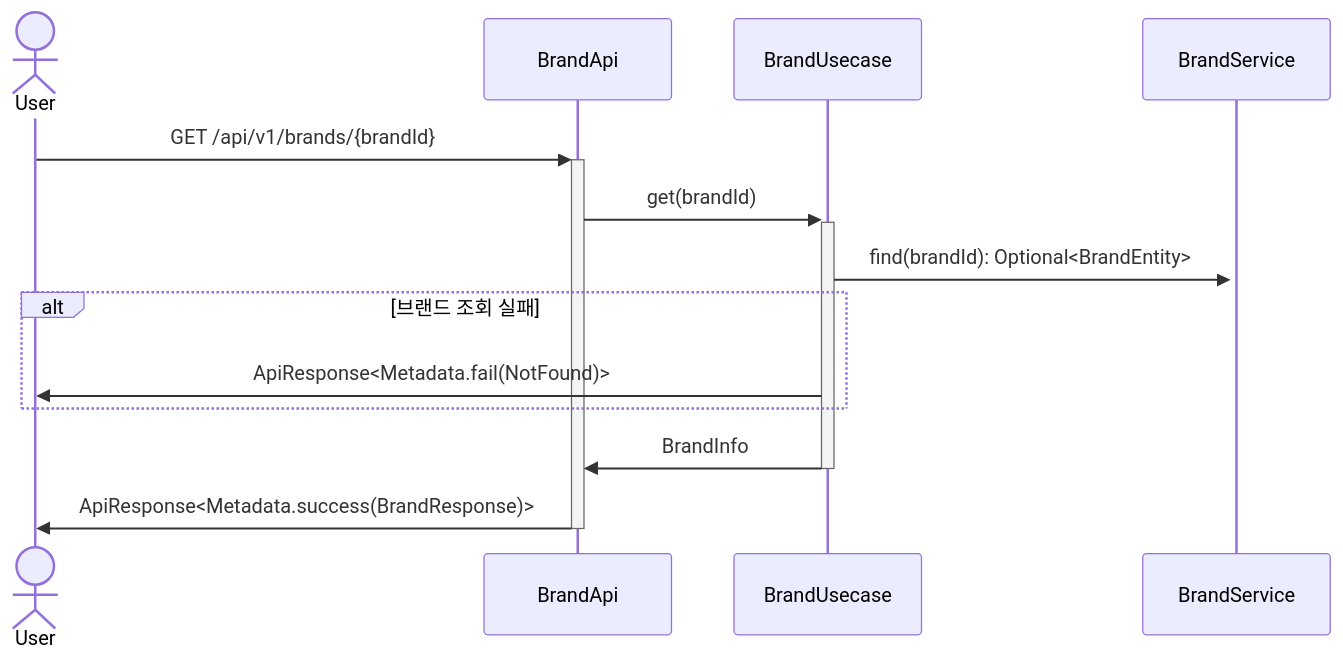
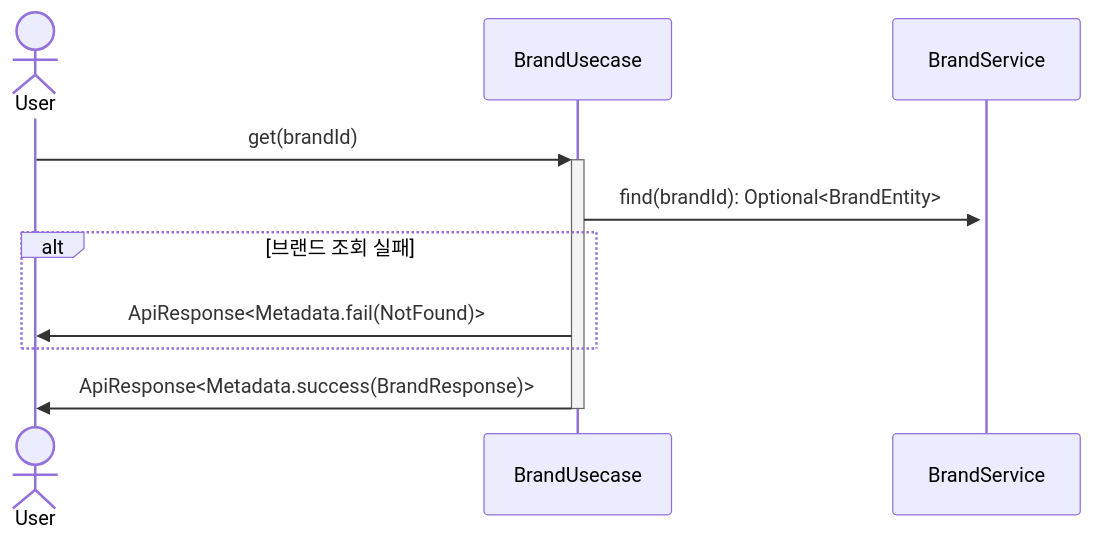
One commit to Iol-lshh/loopers_be_practice_byjava changed the first of 10 diagrams in docs/design/02-sequence-diagrams.md. Above: the diagram before and after it, drawn with Mermaid. The commit also changed other lines of this file and 70 other files, not shown here.

````diff
--- a/docs/design/02-sequence-diagrams.md
+++ b/docs/design/02-sequence-diagrams.md
@@ -13,14 +13,11 @@
 ```mermaid
 sequenceDiagram
     actor User
-    User->>+BrandApi: GET /api/v1/brands/{brandId}
-
-    BrandApi->>+BrandUsecase: get(brandId)
+    User->>+BrandUsecase: get(brandId)
     BrandUsecase->>+BrandService: find(brandId): Optional<BrandEntity>
 
     alt 브랜드 조회 실패
         BrandUsecase->>User: ApiResponse<Metadata.fail(NotFound)>
     end
-    BrandUsecase->>-BrandApi: BrandInfo
-    BrandApi->>-User: ApiResponse<Metadata.success(BrandResponse)>
+    BrandUsecase->>-User: ApiResponse<Metadata.success(BrandResponse)>
 ```
````
